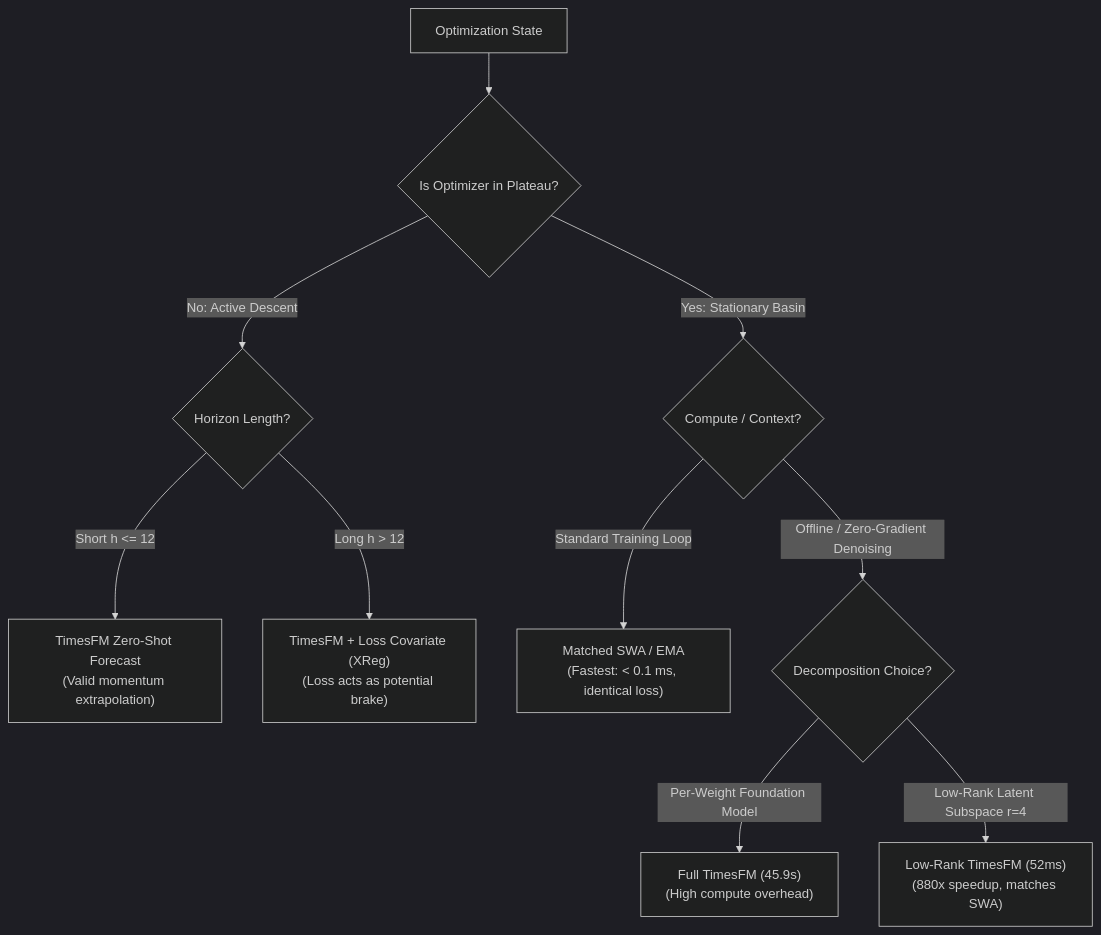
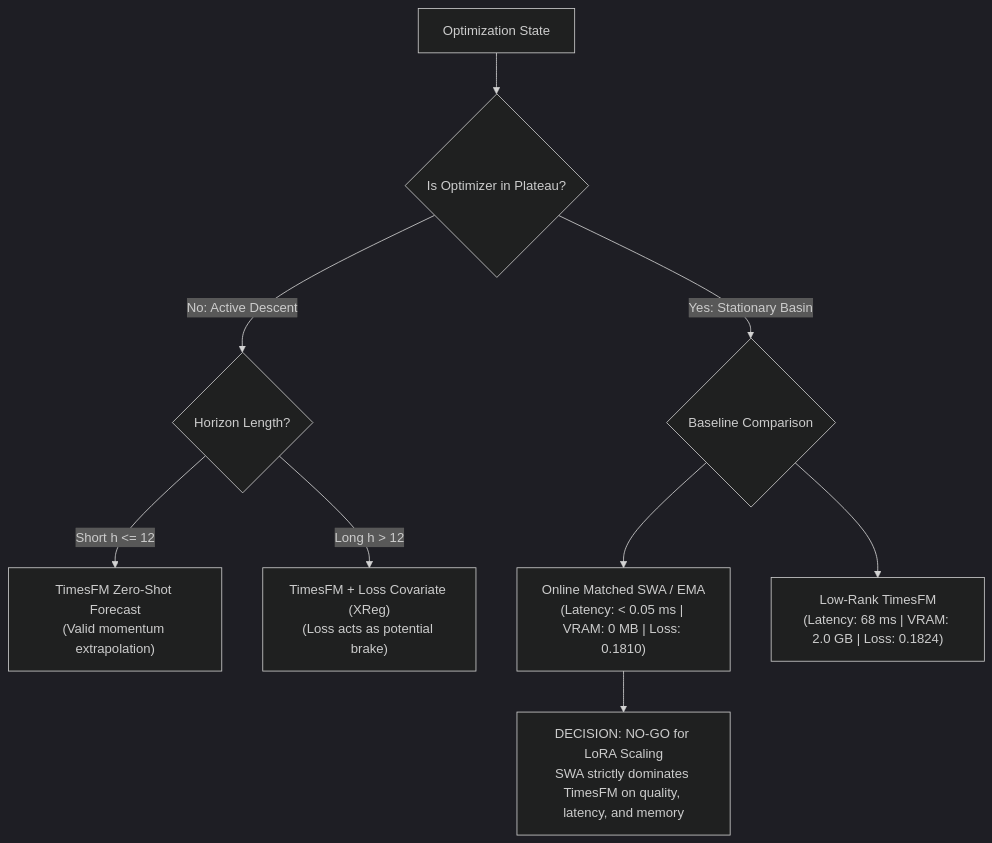
The diagram in EXPERIMENTS.md (Priyanshu-5257/weight-trajectory-forecasting), drawn with Mermaid (dark theme) before and after one commit. The commit also changed other lines of this file and 12 other files, not shown here.

Commit message:
Execute Feasibility Benchmark v1.2: 10-seed validation selection, precision latency profiling, mechanism alignment, and pre-registered NO-GO decision

````diff
--- a/EXPERIMENTS.md
+++ b/EXPERIMENTS.md
@@ -199,12 +231,11 @@
 ```mermaid
 flowchart TD
     Start["Optimization State"] --> Check{"Is Optimizer in Plateau?"}
     Check -->|No: Active Descent| HCheck{"Horizon Length?"}
     HCheck -->|Short h <= 12| TFMShort["TimesFM Zero-Shot Forecast<br>(Valid momentum extrapolation)"]
     HCheck -->|Long h > 12| TFMCov["TimesFM + Loss Covariate (XReg)<br>(Loss acts as potential brake)"]
-    Check -->|Yes: Stationary Basin| Resource{"Compute / Context?"}
-    Resource -->|Standard Training Loop| SWA["Matched SWA / EMA<br>(Fastest: < 0.1 ms, identical loss)"]
-    Resource -->|Offline / Zero-Gradient Denoising| LowRankCheck{"Decomposition Choice?"}
-    LowRankCheck -->|Per-Weight Foundation Model| SlowTFM["Full TimesFM (45.9s)<br>(High compute overhead)"]
-    LowRankCheck -->|Low-Rank Latent Subspace r=4| FastTFM["Low-Rank TimesFM (52ms)<br>(880x speedup, matches SWA)"]
+    Check -->|Yes: Stationary Basin| BaselineCompare{"Baseline Comparison"}
+    BaselineCompare --> SWA["Online Matched SWA / EMA<br>(Latency: < 0.05 ms | VRAM: 0 MB | Loss: 0.1810)"]
+    BaselineCompare --> TimesFM["Low-Rank TimesFM<br>(Latency: 68 ms | VRAM: 2.0 GB | Loss: 0.1824)"]
+    SWA --> Decision["DECISION: NO-GO for LoRA Scaling<br>SWA strictly dominates TimesFM on quality, latency, and memory"]
 ```
````
